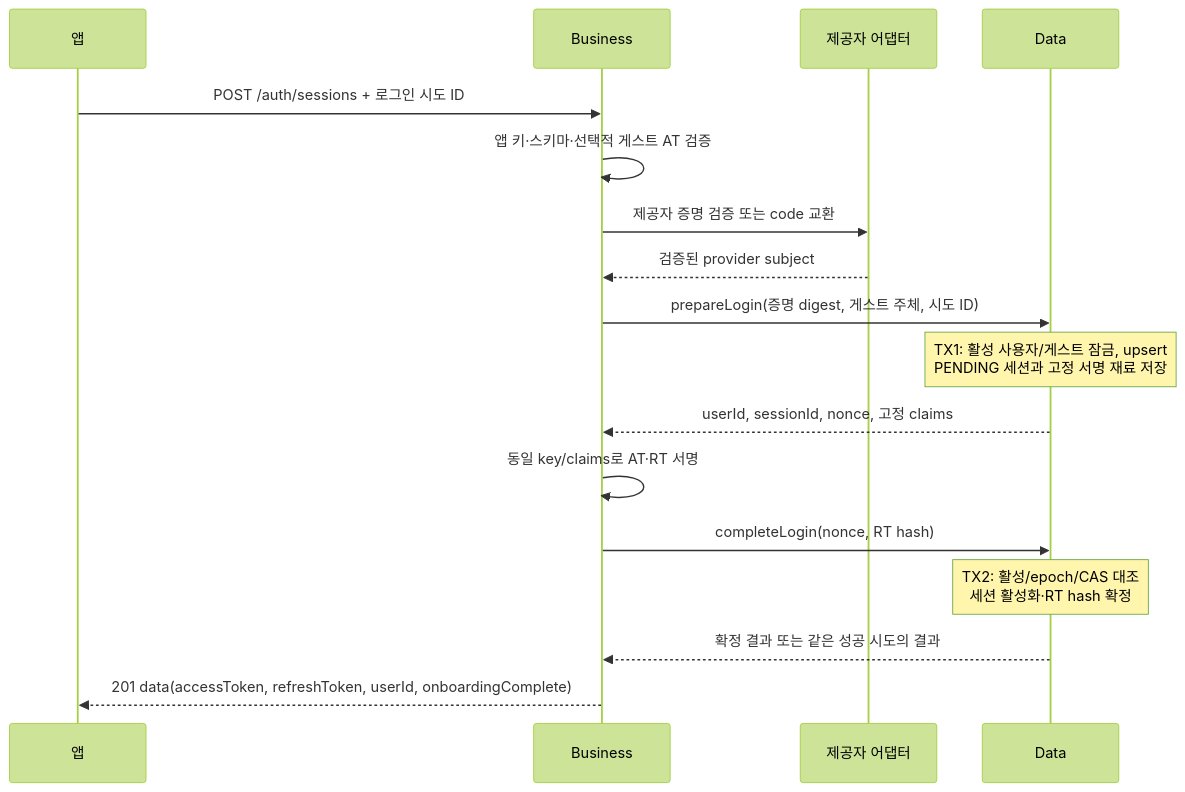
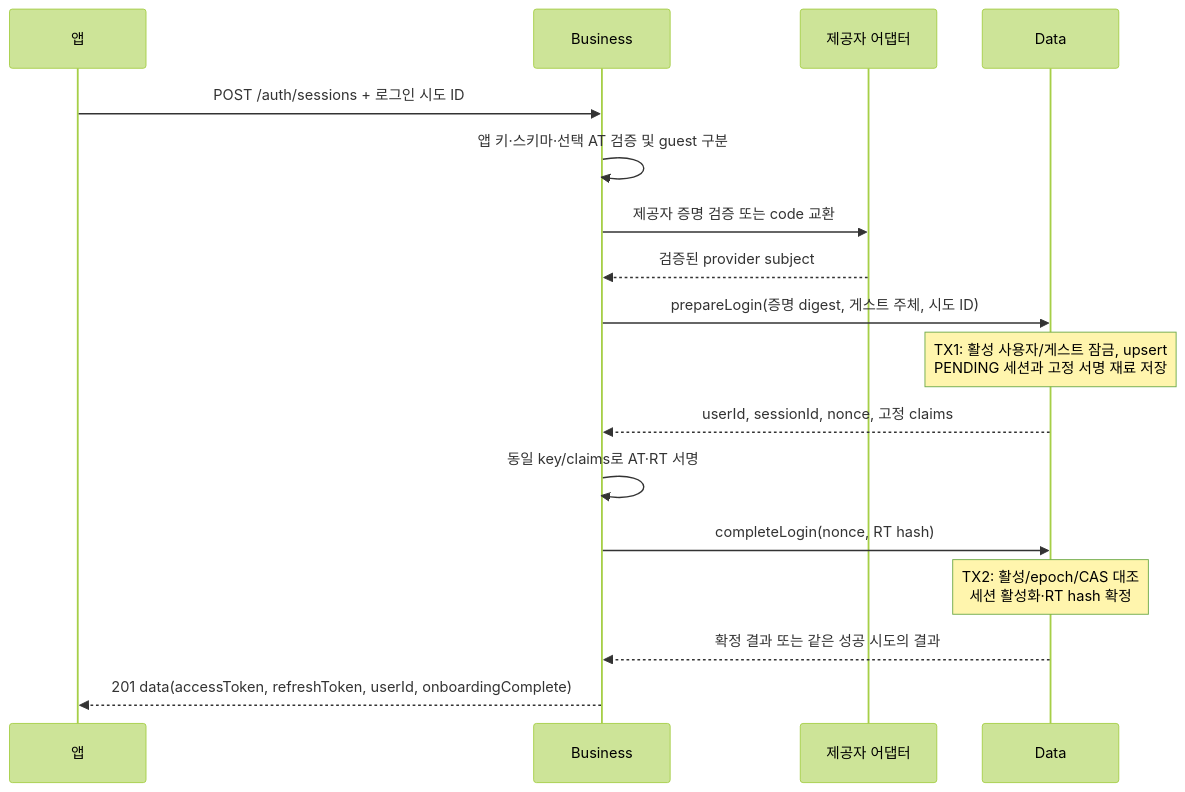
One commit to OneOrThree/phone changed the second of 5 diagrams in docs/prd/account/high-level-design.md. Above: the diagram before and after it, drawn with Mermaid (forest theme). The commit also changed other lines of this file and 4 other files, not shown here.

````diff
--- a/docs/prd/account/high-level-design.md
+++ b/docs/prd/account/high-level-design.md
@@ -39,19 +39,19 @@
 ```mermaid
 sequenceDiagram
     participant A as 앱
     participant B as Business
     participant P as 제공자 어댑터
     participant D as Data
     A->>B: POST /auth/sessions + 로그인 시도 ID
-    B->>B: 앱 키·스키마·선택적 게스트 AT 검증
+    B->>B: 앱 키·스키마·선택 AT 검증 및 guest 구분
     B->>P: 제공자 증명 검증 또는 code 교환
     P-->>B: 검증된 provider subject
     B->>D: prepareLogin(증명 digest, 게스트 주체, 시도 ID)
     Note over D: TX1: 활성 사용자/게스트 잠금, upsert<br/>PENDING 세션과 고정 서명 재료 저장
     D-->>B: userId, sessionId, nonce, 고정 claims
     B->>B: 동일 key/claims로 AT·RT 서명
     B->>D: completeLogin(nonce, RT hash)
     Note over D: TX2: 활성/epoch/CAS 대조<br/>세션 활성화·RT hash 확정
     D-->>B: 확정 결과 또는 같은 성공 시도의 결과
     B-->>A: 201 data(accessToken, refreshToken, userId, onboardingComplete)
 ```
````
